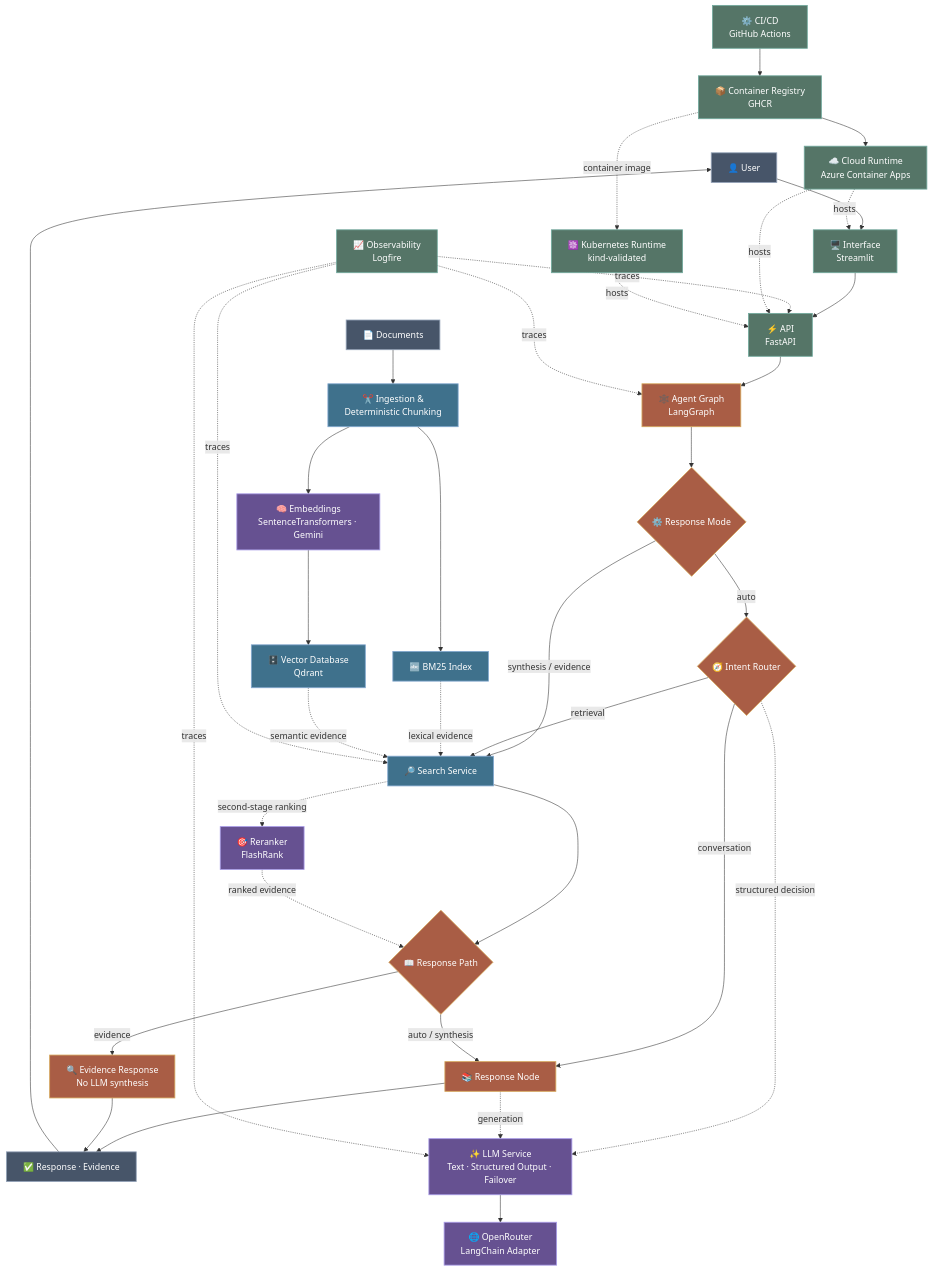
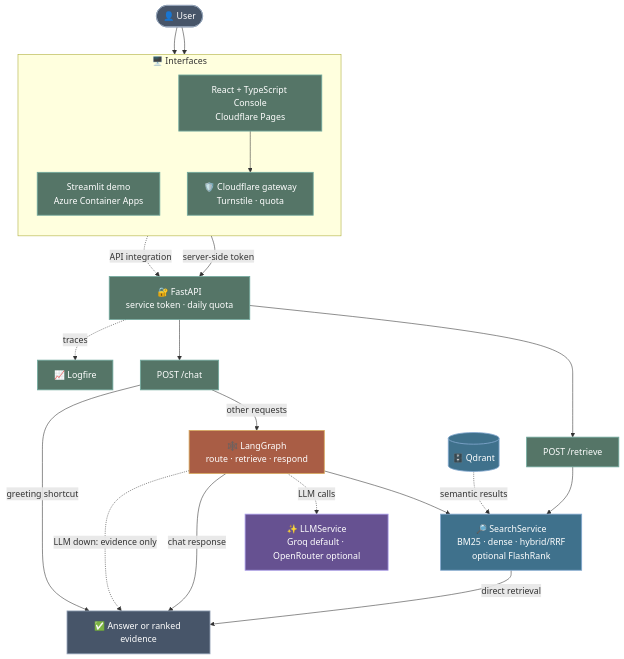
Before and after one commit to bksampadi/SignalRank-RAG: the first of 3 diagrams in README.md, drawn with Mermaid. The commit also changed other lines of this file, not shown here.

Commit message:
Update system architecture and deployment documentation

````diff
--- a/README.md
+++ b/README.md
@@ -79,109 +39,50 @@
 ```mermaid
 flowchart TB
+    USER(["👤 User"])
 
-    %% =========================
-    %% USER / APPLICATION / AGENTS
-    %% =========================
+    subgraph UX["🖥️ Interfaces"]
+        direction TB
+        STREAM["Streamlit demo<br/>Azure Container Apps"]
+        CONSOLE["React + TypeScript Console<br/>Cloudflare Pages"]
+        GATE["🛡️ Cloudflare gateway<br/>Turnstile · quota"]
+        CONSOLE --> GATE
+    end
 
-    USER["👤 User"]
-    UI["🖥️ Interface<br/>Streamlit"]
-    API["⚡ API<br/>FastAPI"]
-    GRAPH["🕸️ Agent Graph<br/>LangGraph"]
+    GUARD["🔐 FastAPI<br/>service token · daily quota"]
+    RET["POST /retrieve"]
+    CHAT["POST /chat"]
+    SEARCH["🔎 SearchService<br/>BM25 · dense · hybrid/RRF<br/>optional FlashRank"]
+    GRAPH["🕸️ LangGraph<br/>route · retrieve · respond"]
+    LLM["✨ LLMService<br/>Groq default · OpenRouter optional"]
+    QD[("🗄️ Qdrant")]
+    OUT["✅ Answer or ranked evidence"]
+    OBS["📈 Logfire"]
 
-    USER --> UI --> API --> GRAPH
-
-    MODE{"⚙️ Response Mode"}
-
-    GRAPH --> MODE
-
-    MODE -->|auto| ROUTER{"🧭 Intent Router"}
-    MODE -->|synthesis / evidence| RET["🔎 Search Service"]
-
-    ROUTER -->|conversation| RESP["📚 Response Node"]
-    ROUTER -->|retrieval| RET
-
-    RET --> DECIDE{"📖 Response Path"}
-
-    DECIDE -->|evidence| EVID["🔍 Evidence Response<br/>No LLM synthesis"]
-    DECIDE -->|auto / synthesis| RESP
-
-    RESP --> RESULT["✅ Response · Evidence"]
-    EVID --> RESULT
-    RESULT --> USER
-
-
-    %% =========================
-    %% LLM PLANE
-    %% =========================
-
-    LLMS["✨ LLM Service<br/>Text · Structured Output · Failover"]
-    OR["🌐 OpenRouter<br/>LangChain Adapter"]
-
-    ROUTER -. structured decision .-> LLMS
-    RESP -. generation .-> LLMS
-    LLMS --> OR
-
-
-    %% =========================
-    %% RAG / KNOWLEDGE PLANE
-    %% =========================
-
-    DOCS["📄 Documents"]
-    ING["✂️ Ingestion &<br/>Deterministic Chunking"]
-    BM["🔤 BM25 Index"]
-    EMB["🧠 Embeddings<br/>SentenceTransformers · Gemini"]
-    QD["🗄️ Vector Database<br/>Qdrant"]
-
-    DOCS --> ING
-    ING --> BM
-    ING --> EMB --> QD
-
-    BM -. lexical evidence .-> RET
-    QD -. semantic evidence .-> RET
-
-    RR["🎯 Reranker<br/>FlashRank"]
-    RET -. second-stage ranking .-> RR
-    RR -. ranked evidence .-> DECIDE
-
-
-    %% =========================
-    %% PLATFORM SUPPORT
-    %% =========================
-
-    OBS["📈 Observability<br/>Logfire"]
-
-    OBS -. traces .-> API
-    OBS -. traces .-> GRAPH
-    OBS -. traces .-> RET
-    OBS -. traces .-> LLMS
-
-    CI["⚙️ CI/CD<br/>GitHub Actions"]
-    REG["📦 Container Registry<br/>GHCR"]
-    AZ["☁️ Cloud Runtime<br/>Azure Container Apps"]
-    K8S["☸️ Kubernetes Runtime<br/>kind-validated"]
-
-    CI --> REG
-    REG --> AZ
-    REG -. container image .-> K8S
-
-    AZ -. hosts .-> UI
-    AZ -. hosts .-> API
-    K8S -. hosts .-> API
-
-
-    %% =========================
-    %% COLORS
-    %% =========================
-
-    class EMB,RR,LLMS,OR ai
-    class ING,BM,QD,RET rag
-    class GRAPH,MODE,ROUTER,RESP,DECIDE,EVID agentic
-    class UI,API,OBS,CI,REG,AZ,K8S platform
-    class DOCS,USER,RESULT neutral
+    USER --> STREAM
+    USER --> CONSOLE
+    STREAM -->|server-side token| GUARD
+    GATE -.->|API integration| GUARD
+    GUARD --> RET
+    GUARD --> CHAT
+    RET --> SEARCH
+    CHAT -->|other requests| GRAPH
+    CHAT -->|greeting shortcut| OUT
+    GRAPH --> SEARCH
+    GRAPH -.->|LLM calls| LLM
+    QD -. semantic results .-> SEARCH
+    SEARCH -->|direct retrieval| OUT
+    GRAPH -->|chat response| OUT
+    GRAPH -.->|LLM down: evidence only| OUT
+    GUARD -. traces .-> OBS
 
     classDef ai fill:#665191,stroke:#A99CE8,stroke-width:1.5px,color:#ffffff
     classDef rag fill:#3F718C,stroke:#82A8CF,stroke-width:1.5px,color:#ffffff
     classDef agentic fill:#A95D45,stroke:#D6A75C,stroke-width:1.5px,color:#ffffff
     classDef platform fill:#557567,stroke:#72AA9E,stroke-width:1.5px,color:#ffffff
     classDef neutral fill:#475569,stroke:#94A3B8,stroke-width:1.5px,color:#ffffff
+    class STREAM,CONSOLE,GATE,GUARD,RET,CHAT,OBS platform
+    class SEARCH,QD rag
+    class GRAPH agentic
+    class LLM ai
+    class USER,OUT neutral
 ```
````
